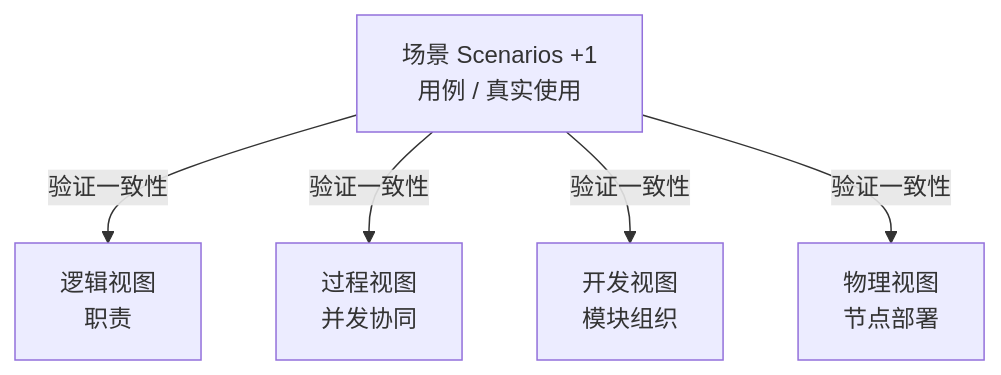
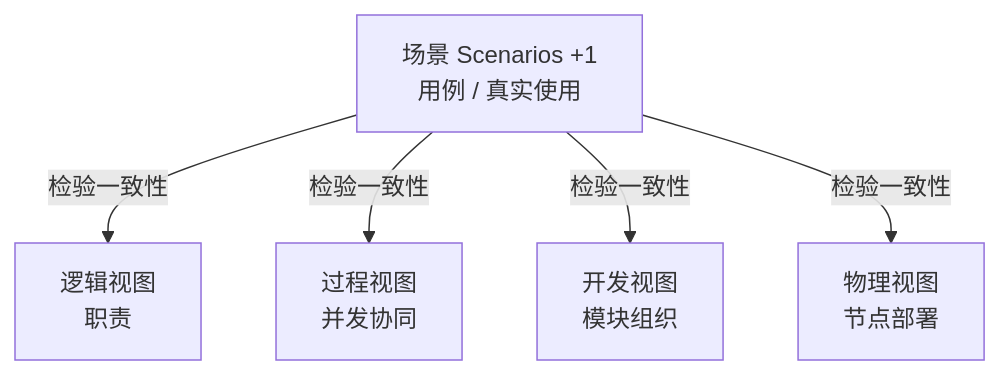
Before and after one commit to Yongjunzhou/AOS-system-design: the fifth of 5 diagrams in 50-research/03-架构师是个怎样的物种/10-第10章-架构.md, drawn with Mermaid. The commit also changed other lines of this file and 18 other files, not shown here.

````diff
--- a/50-research/03-架构师是个怎样的物种/10-第10章-架构.md
+++ b/50-research/03-架构师是个怎样的物种/10-第10章-架构.md
@@ -572,7 +572,7 @@
 ```mermaid
 flowchart TD
-    S["场景 Scenarios +1<br/>用例 / 真实使用"] -->|"验证一致性"| L["逻辑视图<br/>职责"]
-    S -->|"验证一致性"| P["过程视图<br/>并发协同"]
-    S -->|"验证一致性"| D["开发视图<br/>模块组织"]
-    S -->|"验证一致性"| PH["物理视图<br/>节点部署"]
+    S["场景 Scenarios +1<br/>用例 / 真实使用"] -->|"检验一致性"| L["逻辑视图<br/>职责"]
+    S -->|"检验一致性"| P["过程视图<br/>并发协同"]
+    S -->|"检验一致性"| D["开发视图<br/>模块组织"]
+    S -->|"检验一致性"| PH["物理视图<br/>节点部署"]
 ```
````
